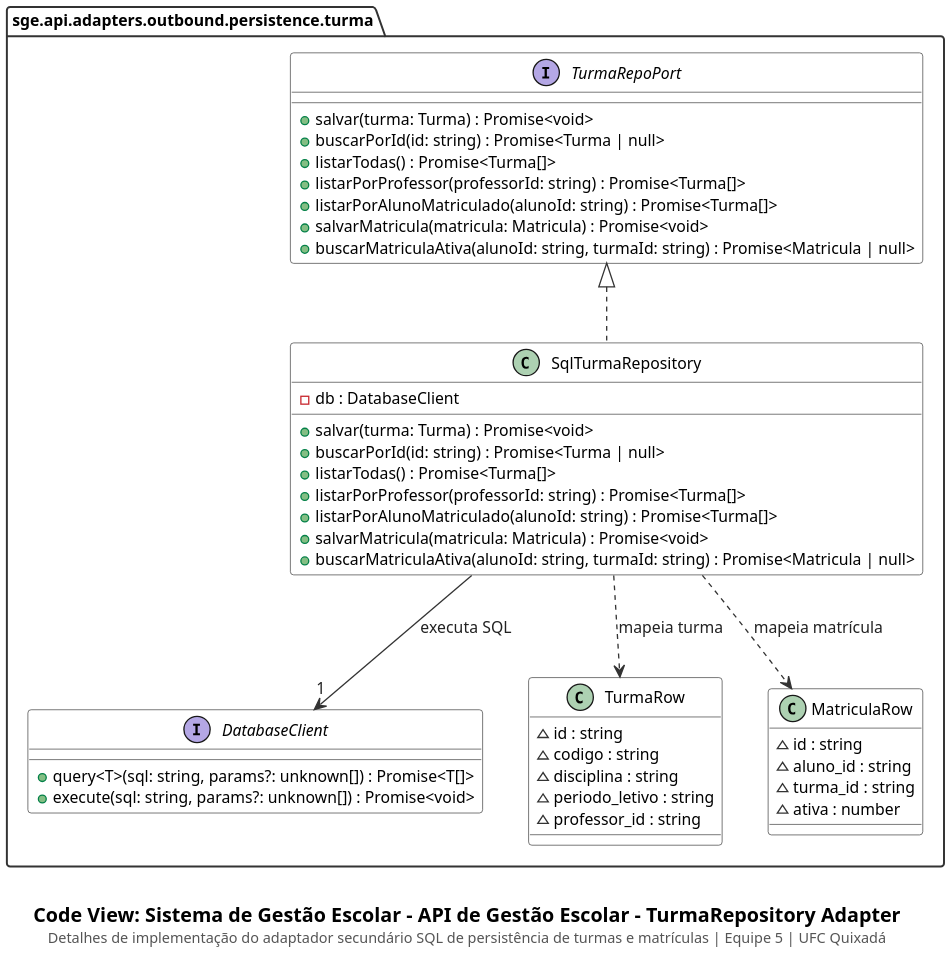
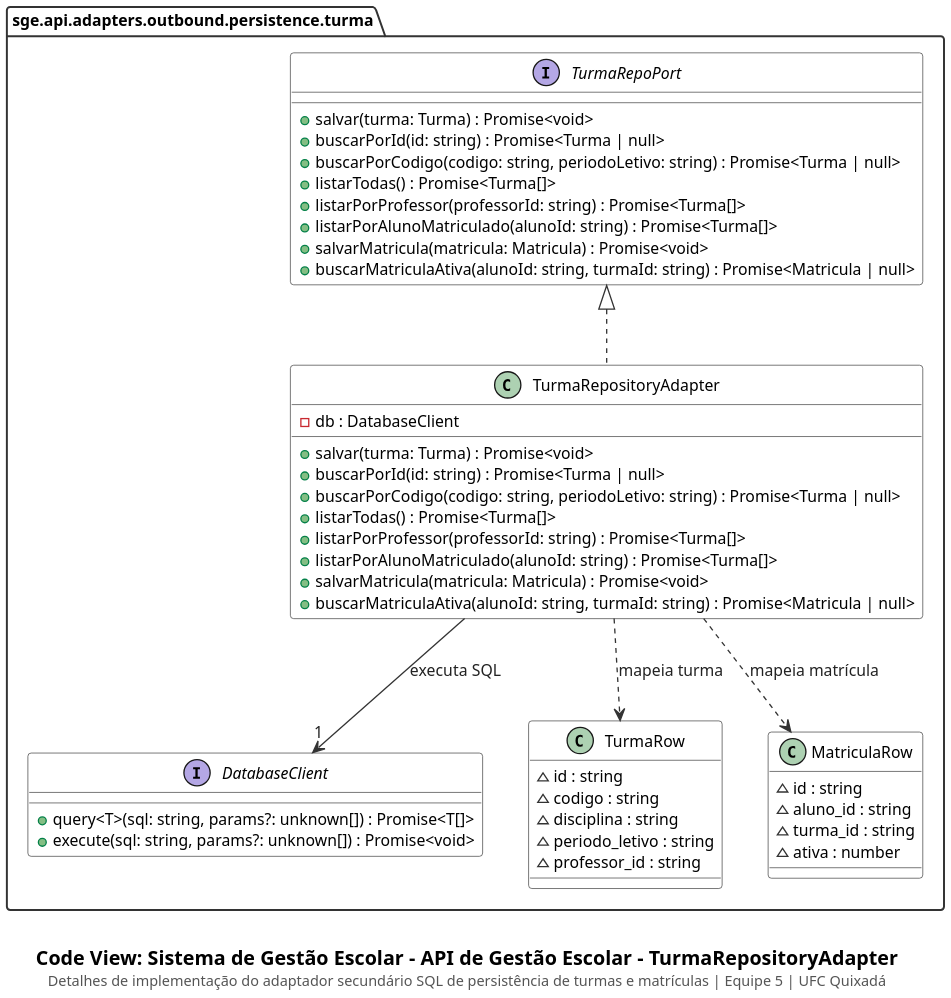
The diagram in docs/code/turma-repository-adapter.puml (cicerocarnauba/sistema-gestao-escolar), drawn with PlantUML before and after one commit. The commit also changed 8 other files, not shown here.

Commit message:
docs: alinha nomenclatura entre diagramas C3 (componentes) e C4 (código)

```diff
--- a/docs/code/turma-repository-adapter.puml
+++ b/docs/code/turma-repository-adapter.puml
@@ -1,69 +1,71 @@
 @startuml
 set separator none
 top to bottom direction
 skinparam backgroundColor #FFFFFF
 skinparam shadowing false
 skinparam dpi 180
 skinparam defaultFontName "SansSerif"
 skinparam defaultFontSize 12
 skinparam packageStyle folder
 skinparam packageBackgroundColor #FFFFFF
 skinparam packageBorderColor #333333
 skinparam packageFontStyle bold
 skinparam classBackgroundColor #FFFFFF
 skinparam classHeaderBackgroundColor #FFFFFF
 skinparam classBorderColor #333333
 skinparam arrowColor #333333
 skinparam arrowFontColor #222222
 skinparam noteBackgroundColor #FAFAFA
 skinparam noteBorderColor #666666
 
 package "sge.api.adapters.outbound.persistence.turma" {
     interface TurmaRepoPort {
         + salvar(turma: Turma) : Promise<void>
         + buscarPorId(id: string) : Promise<Turma | null>
+        + buscarPorCodigo(codigo: string, periodoLetivo: string) : Promise<Turma | null>
         + listarTodas() : Promise<Turma[]>
         + listarPorProfessor(professorId: string) : Promise<Turma[]>
         + listarPorAlunoMatriculado(alunoId: string) : Promise<Turma[]>
         + salvarMatricula(matricula: Matricula) : Promise<void>
         + buscarMatriculaAtiva(alunoId: string, turmaId: string) : Promise<Matricula | null>
     }
 
-    class SqlTurmaRepository implements TurmaRepoPort {
+    class TurmaRepositoryAdapter implements TurmaRepoPort {
         - db : DatabaseClient
         + salvar(turma: Turma) : Promise<void>
         + buscarPorId(id: string) : Promise<Turma | null>
+        + buscarPorCodigo(codigo: string, periodoLetivo: string) : Promise<Turma | null>
         + listarTodas() : Promise<Turma[]>
         + listarPorProfessor(professorId: string) : Promise<Turma[]>
         + listarPorAlunoMatriculado(alunoId: string) : Promise<Turma[]>
         + salvarMatricula(matricula: Matricula) : Promise<void>
         + buscarMatriculaAtiva(alunoId: string, turmaId: string) : Promise<Matricula | null>
     }
 
     interface DatabaseClient {
         + query<T>(sql: string, params?: unknown[]) : Promise<T[]>
         + execute(sql: string, params?: unknown[]) : Promise<void>
     }
 
     class TurmaRow {
         ~ id : string
         ~ codigo : string
         ~ disciplina : string
         ~ periodo_letivo : string
         ~ professor_id : string
     }
 
     class MatriculaRow {
         ~ id : string
         ~ aluno_id : string
         ~ turma_id : string
         ~ ativa : number
     }
 
-    SqlTurmaRepository --> "1" DatabaseClient : executa SQL
-    SqlTurmaRepository ..> TurmaRow : mapeia turma
-    SqlTurmaRepository ..> MatriculaRow : mapeia matrícula
+    TurmaRepositoryAdapter --> "1" DatabaseClient : executa SQL
+    TurmaRepositoryAdapter ..> TurmaRow : mapeia turma
+    TurmaRepositoryAdapter ..> MatriculaRow : mapeia matrícula
 }
 
-caption \n<size:15><b>Code View: Sistema de Gestão Escolar - API de Gestão Escolar - TurmaRepository Adapter</b></size>\n<size:11><color:#555555>Detalhes de implementação do adaptador secundário SQL de persistência de turmas e matrículas | Equipe 5 | UFC Quixadá</color></size>
+caption \n<size:15><b>Code View: Sistema de Gestão Escolar - API de Gestão Escolar - TurmaRepositoryAdapter</b></size>\n<size:11><color:#555555>Detalhes de implementação do adaptador secundário SQL de persistência de turmas e matrículas | Equipe 5 | UFC Quixadá</color></size>
 @enduml
```
